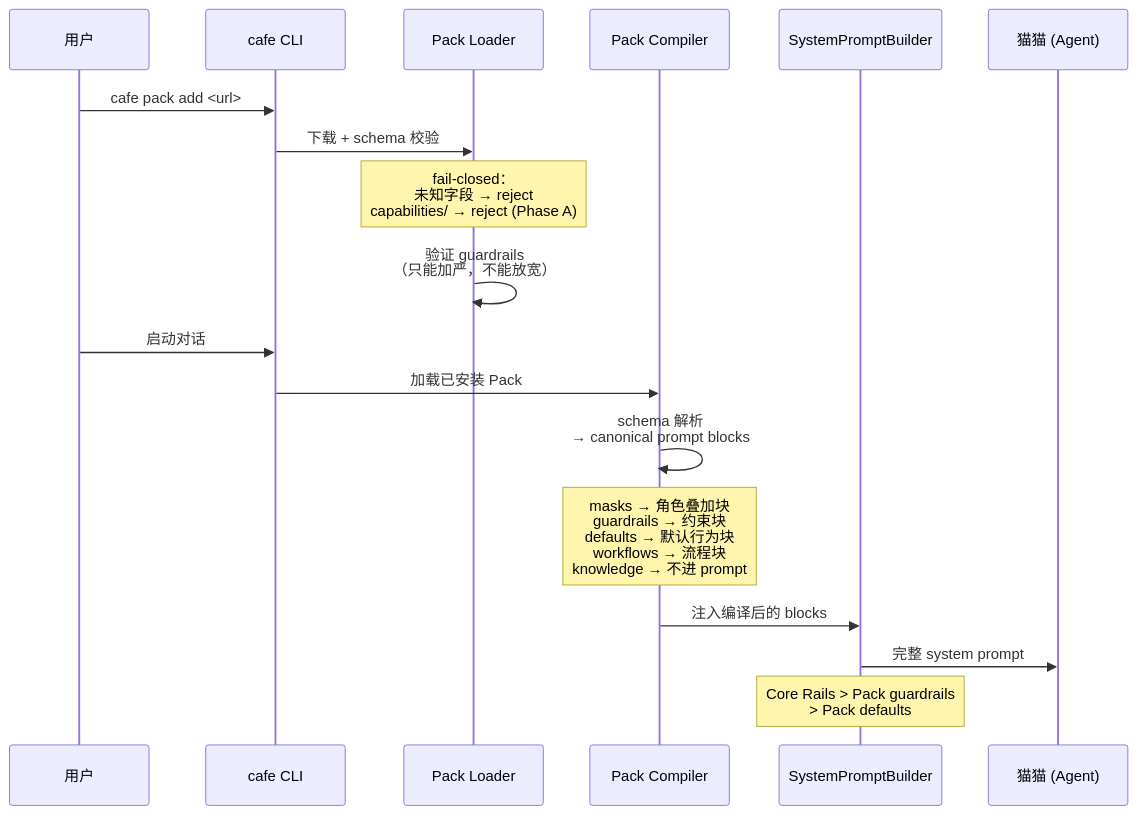
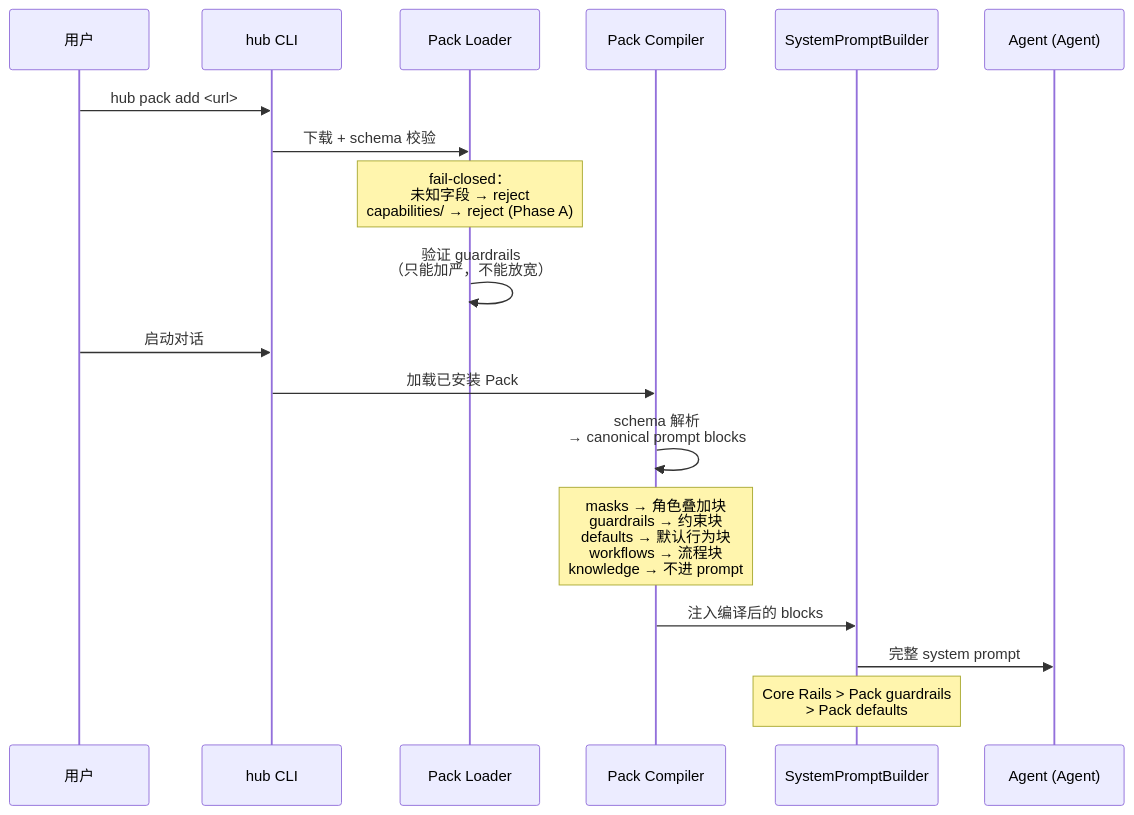
One commit to changhuaqiu/agent-task-team changed the third of 5 diagrams in decisions/021-f129-pack-system-architecture.md. Above: the diagram before and after it, drawn with Mermaid. The commit also changed other lines of this file and 227 other files, not shown here.

Commit message:
refactor: remove all cafe and cat references, replace with agent concepts

````diff
--- a/decisions/021-f129-pack-system-architecture.md
+++ b/decisions/021-f129-pack-system-architecture.md
@@ -138,24 +138,24 @@
 ```mermaid
 sequenceDiagram
     participant User as 用户
-    participant CLI as cafe CLI
+    participant CLI as hub CLI
     participant Loader as Pack Loader
     participant Compiler as Pack Compiler
     participant SPB as SystemPromptBuilder
-    participant Agent as 猫猫 (Agent)
+    participant Agent as Agent (Agent)
 
-    User->>CLI: cafe pack add <url>
+    User->>CLI: hub pack add <url>
     CLI->>Loader: 下载 + schema 校验
     Note over Loader: fail-closed：<br/>未知字段 → reject<br/>capabilities/ → reject (Phase A)
 
     Loader->>Loader: 验证 guardrails<br/>（只能加严，不能放宽）
 
     User->>CLI: 启动对话
     CLI->>Compiler: 加载已安装 Pack
     Compiler->>Compiler: schema 解析<br/>→ canonical prompt blocks
     Note over Compiler: masks → 角色叠加块<br/>guardrails → 约束块<br/>defaults → 默认行为块<br/>workflows → 流程块<br/>knowledge → 不进 prompt
 
     Compiler->>SPB: 注入编译后的 blocks
     SPB->>Agent: 完整 system prompt
     Note over SPB: Core Rails > Pack guardrails<br/>> Pack defaults
 ```
````
